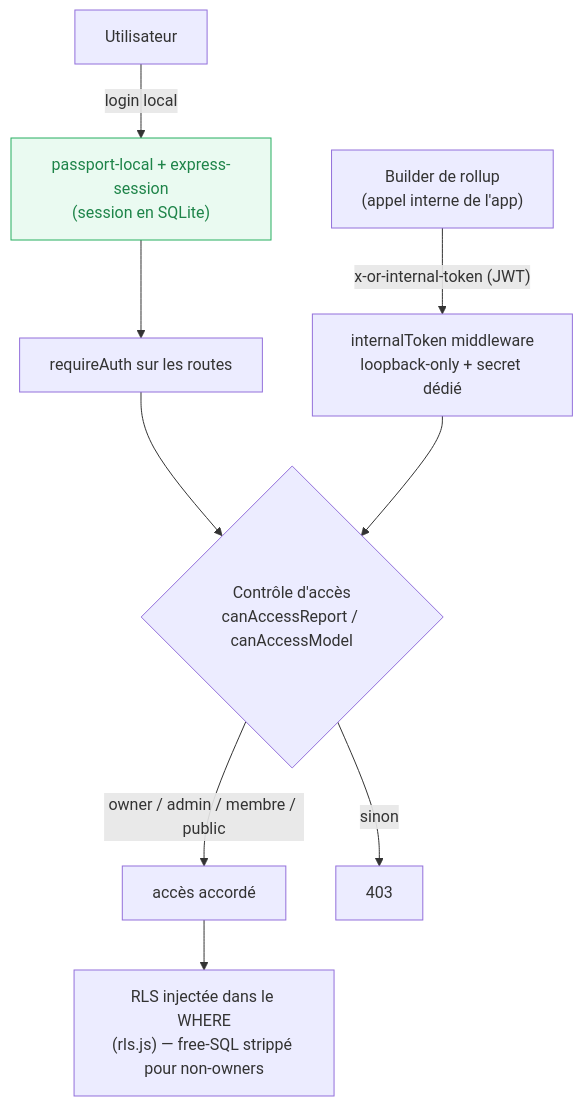
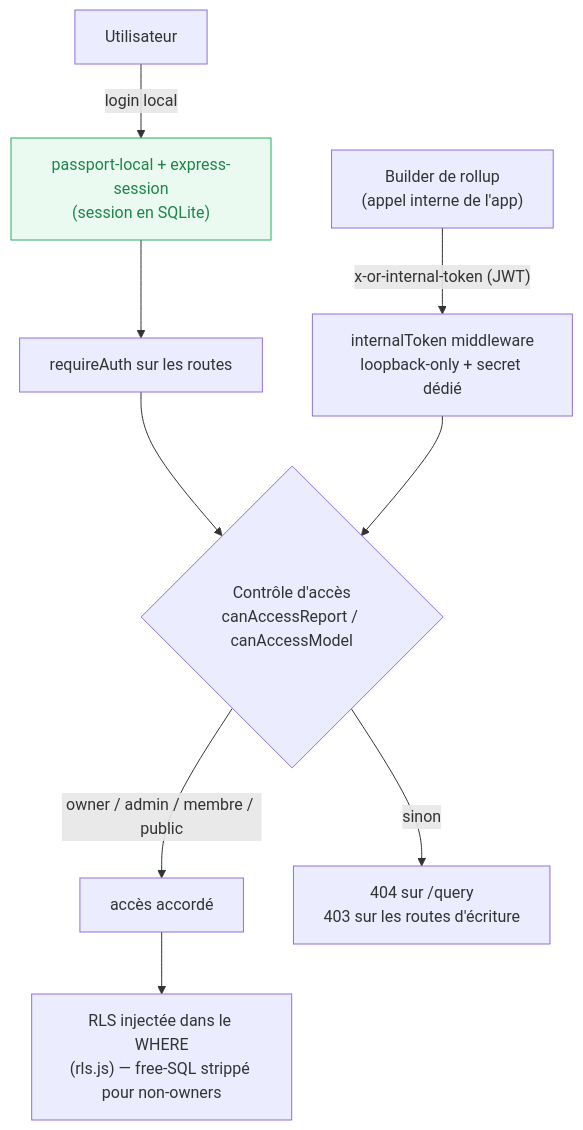
Before and after one commit to cracky777/openreport: the fifth of 5 diagrams in docs/ARCHITECTURE.md, drawn with Mermaid. The commit also changed other lines of this file and 6 other files, not shown here.

````diff
--- a/docs/ARCHITECTURE.md
+++ b/docs/ARCHITECTURE.md
@@ -172,14 +174,14 @@
 ```mermaid
 flowchart TD
   U["Utilisateur"] -->|"login local"| P["passport-local + express-session<br/>(session en SQLite)"]
   P --> RA["requireAuth sur les routes"]
   SELF["Builder de rollup<br/>(appel interne de l'app)"] -->|"x-or-internal-token (JWT)"| IT["internalToken middleware<br/>loopback-only + secret dédié"]
   RA --> AC{"Contrôle d'accès<br/>canAccessReport / canAccessModel"}
   IT --> AC
   AC -->|"owner / admin / membre / public"| OK["accès accordé"]
   OK --> RLS["RLS injectée dans le WHERE<br/>(rls.js) — free-SQL strippé pour non-owners"]
-  AC -->|"sinon"| NO["403"]
+  AC -->|"sinon"| NO["404 sur /query<br/>403 sur les routes d'écriture"]
 
   classDef strong fill:#eafaf1,stroke:#27ae60,stroke-width:1px,color:#1e8449;
   class P strong
 ```
````
